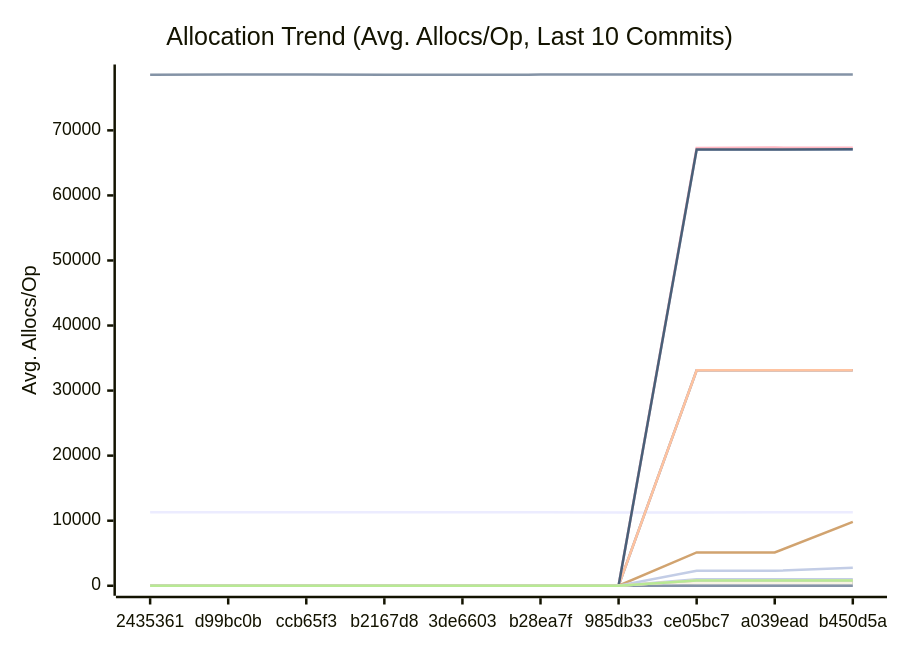
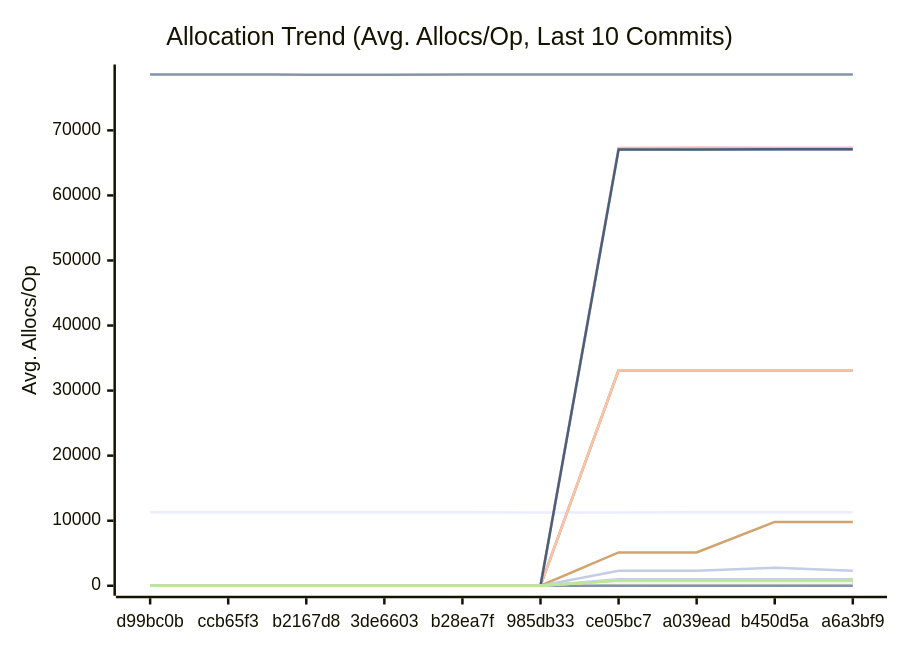
The third of 3 diagrams in docs/PERFORMANCE.md (alsotoes/momo), drawn with Mermaid before and after one commit. The commit also changed other lines of this file and 41 other files, not shown here.

````diff
--- a/docs/PERFORMANCE.md
+++ b/docs/PERFORMANCE.md
@@ -348,42 +348,42 @@
 ```mermaid
 xychart-beta
     title "Allocation Trend (Avg. Allocs/Op, Last 10 Commits)"
     x-axis "Commit"
     y-axis "Avg. Allocs/Op"
-    x-axis [2435361,d99bc0b,ccb65f3,b2167d8,3de6603,b28ea7f,985db33,ce05bc7,a039ead,b450d5a]
-    line "AWSChunkedReaderSigned" [11298,11294,11296,11294,11282,11296,11273,11277,11286,11294]
-    line "AWSChunkedReaderUnsigned" [78566,78574,78587,78561,78563,78568,78577,78572,78577,78583]
+    x-axis [d99bc0b,ccb65f3,b2167d8,3de6603,b28ea7f,985db33,ce05bc7,a039ead,b450d5a,a6a3bf9]
+    line "AWSChunkedReaderSigned" [11294,11296,11294,11282,11296,11273,11277,11286,11294,11299]
+    line "AWSChunkedReaderUnsigned" [78574,78587,78561,78563,78568,78577,78572,78577,78583,78586]
     line "CheckMetricsAndSwap" [0,0,0,0,0,0,0,0,0,0]
     line "CrushOptimized" [0,0,0,0,0,0,0,0,0,0]
     line "CrushOriginal" [3,3,3,3,3,3,3,3,3,3]
-    line "FormatListObjectsV2XML_AppendFormat" [0,0,0,0,0,0,0,16,16,16]
-    line "FormatListObjectsV2XML_OldFormat" [0,0,0,0,0,0,0,1000,1000,1000]
-    line "HashBytes/1MiB" [0,0,0,0,0,0,0,64,64,64]
-    line "HashBytes/256MiB" [0,0,0,0,0,0,0,64,64,64]
-    line "HashBytes/64MiB" [0,0,0,0,0,0,0,64,64,64]
-    line "HashFile/1MiB" [0,0,0,0,0,0,0,33128,33128,33128]
-    line "HashFile/256MiB" [0,0,0,0,0,0,0,33128,33128,33128]
-    line "HashFile/64MiB" [0,0,0,0,0,0,0,33128,33128,33128]
+    line "FormatListObjectsV2XML_AppendFormat" [0,0,0,0,0,0,16,16,16,16]
+    line "FormatListObjectsV2XML_OldFormat" [0,0,0,0,0,0,1000,1000,1000,1000]
+    line "HashBytes/1MiB" [0,0,0,0,0,0,64,64,64,64]
+    line "HashBytes/256MiB" [0,0,0,0,0,0,64,64,64,64]
+    line "HashBytes/64MiB" [0,0,0,0,0,0,64,64,64,64]
+    line "HashFile/1MiB" [0,0,0,0,0,0,33128,33128,33128,33128]
+    line "HashFile/256MiB" [0,0,0,0,0,0,33128,33128,33128,33128]
+    line "HashFile/64MiB" [0,0,0,0,0,0,33128,33128,33128,33128]
     line "IndexDirectTracking" [0,0,0,0,0,0,0,0,0,0]
     line "IndexSearch" [0,0,0,0,0,0,0,0,0,0]
-    line "LoadGlobalConfig" [54,54,54,54,54,54,54,58,58,58]
-    line "LocalWrite/1MiB" [0,0,0,0,0,0,0,67030,67032,67032]
-    line "LocalWrite/256MiB" [0,0,0,0,0,0,0,67292,67348,67326]
-    line "LocalWrite/64MiB" [0,0,0,0,0,0,0,67046,67073,67085]
+    line "LoadGlobalConfig" [54,54,54,54,54,54,58,58,58,58]
+    line "LocalWrite/1MiB" [0,0,0,0,0,0,67030,67032,67032,67030]
+    line "LocalWrite/256MiB" [0,0,0,0,0,0,67292,67348,67326,67317]
+    line "LocalWrite/64MiB" [0,0,0,0,0,0,67046,67073,67085,67097]
     line "PadString" [1,1,1,1,1,1,1,1,1,1]
     line "ParseReplicationOrder_NoPrealloc" [6,6,6,6,6,5,5,5,5,5]
     line "ParseReplicationOrder_Prealloc" [2,2,2,2,2,1,1,1,1,1]
-    line "Placement" [0,0,0,0,0,0,0,6,6,6]
-    line "PlacementDomainSpread" [0,0,0,0,0,0,0,6,6,6]
-    line "ReadVerify/1MiB" [0,0,0,0,0,0,0,435,464,436]
-    line "ReadVerify/256MiB" [0,0,0,0,0,0,0,5120,5120,9808]
-    line "ReadVerify/64MiB" [0,0,0,0,0,0,0,2307,2307,2776]
-    line "S3PutSpool/1MiB" [0,0,0,0,0,0,0,447,447,447]
-    line "S3PutSpool/256MiB" [0,0,0,0,0,0,0,448,448,448]
-    line "S3PutSpool/64MiB" [0,0,0,0,0,0,0,448,448,448]
+    line "Placement" [0,0,0,0,0,0,6,6,6,6]
+    line "PlacementDomainSpread" [0,0,0,0,0,0,6,6,6,6]
+    line "ReadVerify/1MiB" [0,0,0,0,0,0,435,464,436,459]
+    line "ReadVerify/256MiB" [0,0,0,0,0,0,5120,5120,9808,9808]
+    line "ReadVerify/64MiB" [0,0,0,0,0,0,2307,2307,2776,2307]
+    line "S3PutSpool/1MiB" [0,0,0,0,0,0,447,447,447,447]
+    line "S3PutSpool/256MiB" [0,0,0,0,0,0,448,448,448,448]
+    line "S3PutSpool/64MiB" [0,0,0,0,0,0,448,448,448,448]
     line "SanitizeLog/Safe" [0,0,0,0,0,0,0,0,0,0]
     line "SanitizeLog/Unsafe" [1,1,1,1,1,1,1,1,1,1]
-    line "TrustedRead/1MiB" [0,0,0,0,0,0,0,800,800,800]
-    line "TrustedRead/256MiB" [0,0,0,0,0,0,0,800,800,800]
-    line "TrustedRead/64MiB" [0,0,0,0,0,0,0,800,800,800]
+    line "TrustedRead/1MiB" [0,0,0,0,0,0,800,800,800,800]
+    line "TrustedRead/256MiB" [0,0,0,0,0,0,800,800,800,800]
+    line "TrustedRead/64MiB" [0,0,0,0,0,0,800,800,800,800]
 ```
````
